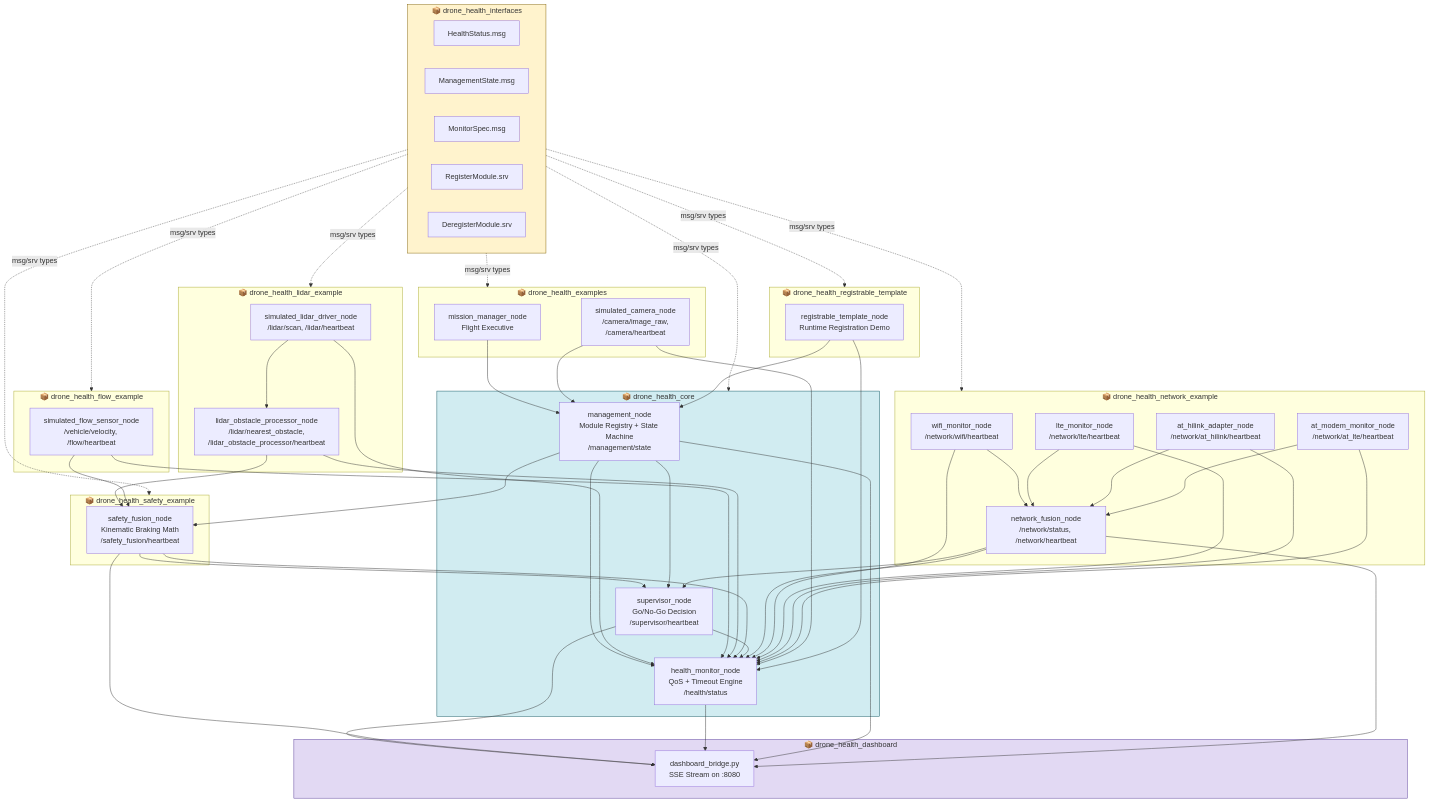
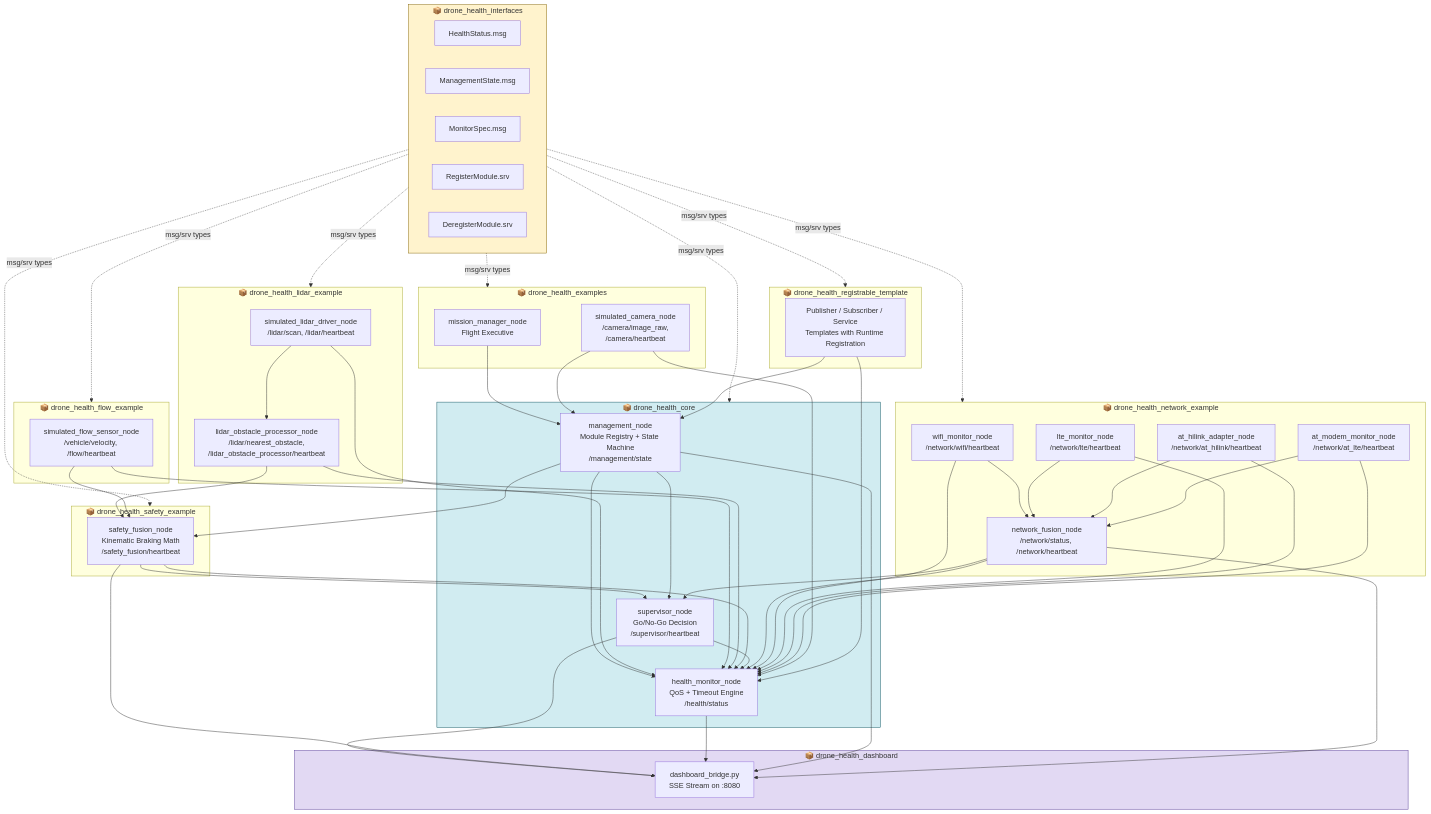
Before and after one commit to NILAMATHI1999/drone-health-modular-framework: the first of 2 diagrams in README.md, drawn with Mermaid. The commit also changed other lines of this file, not shown here.

```diff
--- a/README.md
+++ b/README.md
@@ -54,7 +134,7 @@
     end
 
     subgraph PKG_TEMPLATE ["📦 drone_health_registrable_template"]
-        TEMPLATE["registrable_template_node<br/>Runtime Registration Demo"]
+        TEMPLATE["Publisher / Subscriber / Service<br/>Templates with Runtime Registration"]
     end
 
     subgraph PKG_DASHBOARD ["📦 drone_health_dashboard"]
```
